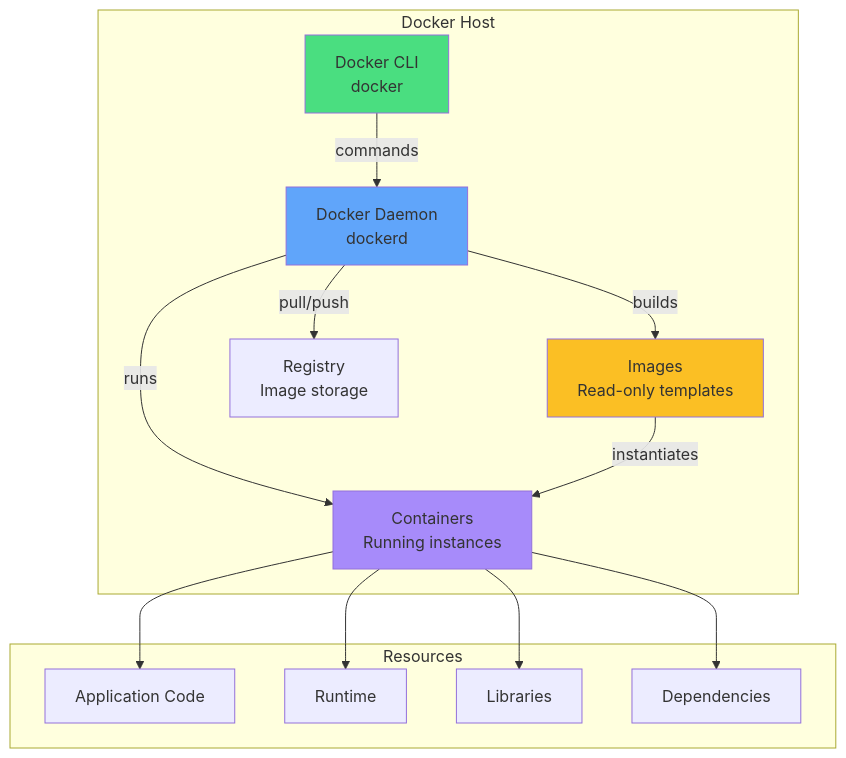
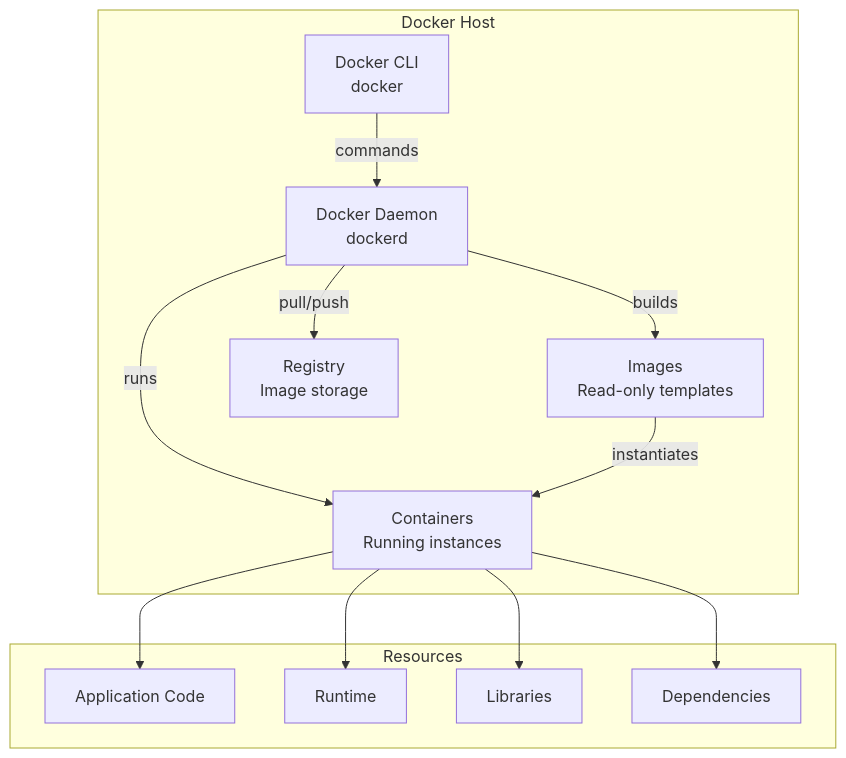
The diagram in devops/step_by_step_guide_about_docker_image_build.mdx (TechnoBureau/docs), drawn with Mermaid before and after one commit. The commit also changed 3 other files, not shown here.

Commit message:
fix: remove unnecessary style definitions from graph visualizations

````diff
--- a/devops/step_by_step_guide_about_docker_image_build.mdx
+++ b/devops/step_by_step_guide_about_docker_image_build.mdx
@@ -24,32 +24,28 @@
 ```mermaid
 graph TB
     subgraph "Docker Host"
         A[Docker Daemon<br/>dockerd]
         B[Docker CLI<br/>docker]
         C[Images<br/>Read-only templates]
         D[Containers<br/>Running instances]
         E[Registry<br/>Image storage]
     end
 
     subgraph "Resources"
         F[Application Code]
         G[Runtime]
         H[Libraries]
         I[Dependencies]
     end
 
     B -->|commands | A
     A -->|builds | C
     A -->|runs | D
     A -->|pull/push | E
     C -->|instantiates | D
     D --> F
     D --> G
     D --> H
     D --> I
 
-    style A fill:#60a5fa
-    style B fill:#4ade80
-    style C fill:#fbbf24
-    style D fill:#a78bfa
 ```
````
